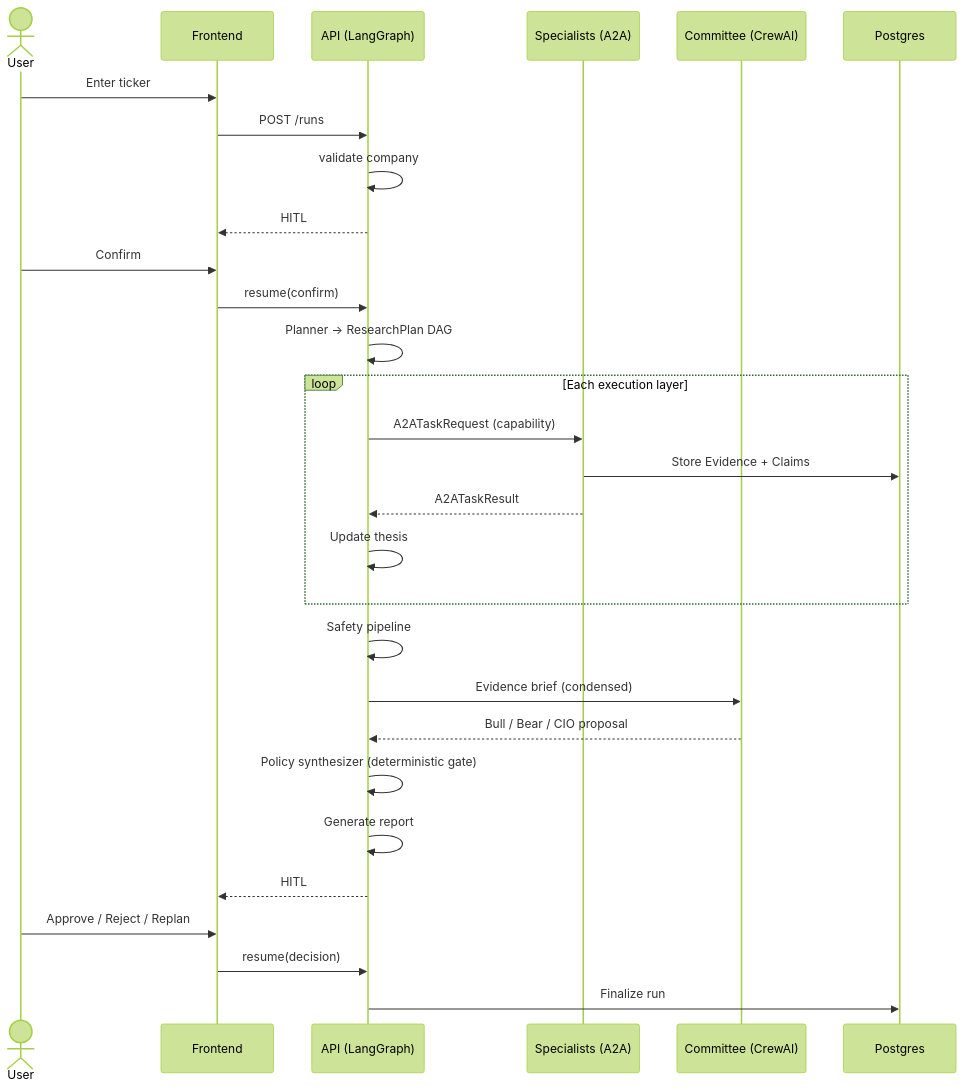
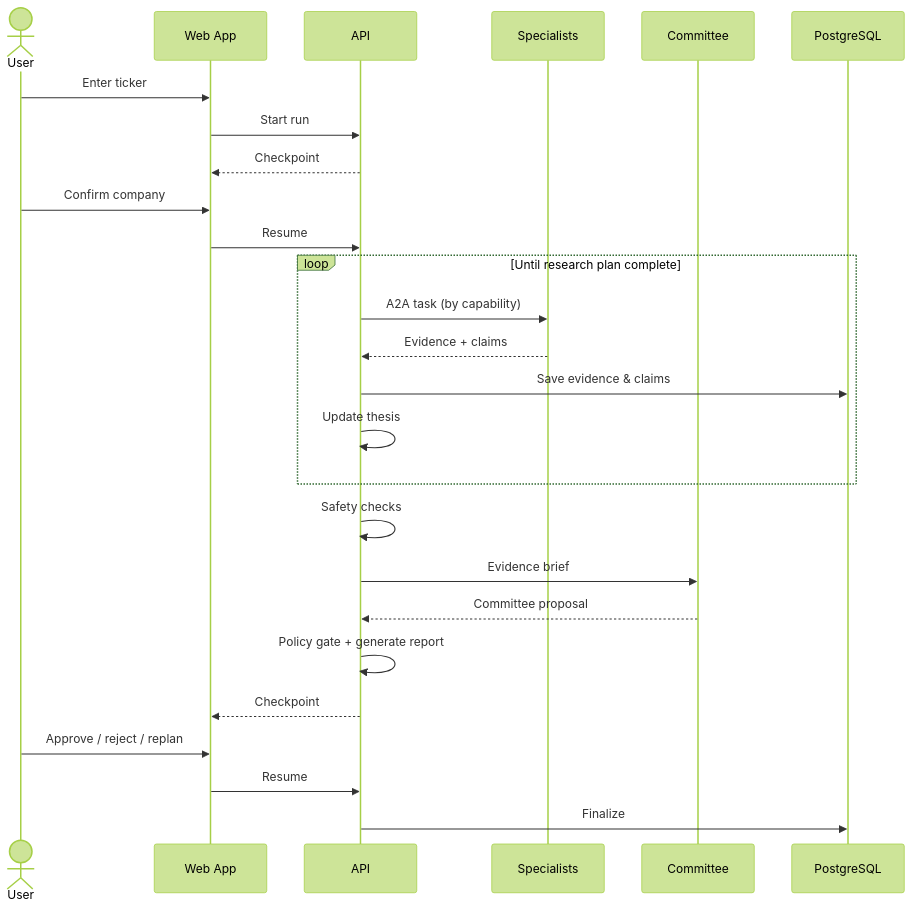
One commit to soniamannlehl-cloud/finalproject changed the third of 4 diagrams in ARCHITECTURE.md. Above: the diagram before and after it, drawn with Mermaid (forest theme). The commit also changed other lines of this file, not shown here.

First line of the commit message:
Restructure ARCHITECTURE.md to match capstone rubric.

````diff
--- a/ARCHITECTURE.md
+++ b/ARCHITECTURE.md
@@ -132,32 +183,31 @@
 ```mermaid
 sequenceDiagram
     actor U as User
-    participant F as Frontend
-    participant A as API (LangGraph)
-    participant S as Specialists (A2A)
-    participant C as Committee (CrewAI)
-    participant P as Postgres
+    participant W as Web App
+    participant A as API
+    participant S as Specialists
+    participant C as Committee
+    participant D as PostgreSQL
 
-    U->>F: Enter ticker
-    F->>A: POST /runs
-    A->>A: validate company
-    A-->>F: HITL #1 — confirm company
-    U->>F: Confirm
-    F->>A: resume(confirm)
-    A->>A: Planner → ResearchPlan DAG
-    loop Each execution layer
-        A->>S: A2ATaskRequest (capability)
-        S->>P: Store Evidence + Claims
-        S-->>A: A2ATaskResult
+    U->>W: Enter ticker
+    W->>A: Start run
+    A-->>W: Checkpoint #1
+    U->>W: Confirm company
+    W->>A: Resume
+
+    loop Until research plan complete
+        A->>S: A2A task (by capability)
+        S-->>A: Evidence + claims
+        A->>D: Save evidence & claims
         A->>A: Update thesis
     end
-    A->>A: Safety pipeline
-    A->>C: Evidence brief (condensed)
-    C-->>A: Bull / Bear / CIO proposal
-    A->>A: Policy synthesizer (deterministic gate)
-    A->>A: Generate report
-    A-->>F: HITL #2 — review report
-    U->>F: Approve / Reject / Replan
-    F->>A: resume(decision)
-    A->>P: Finalize run
+
+    A->>A: Safety checks
+    A->>C: Evidence brief
+    C-->>A: Committee proposal
+    A->>A: Policy gate + generate report
+    A-->>W: Checkpoint #2 (report)
+    U->>W: Approve / reject / replan
+    W->>A: Resume
+    A->>D: Finalize
 ```
````
